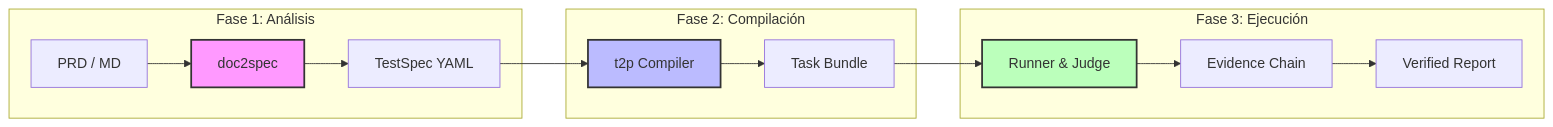
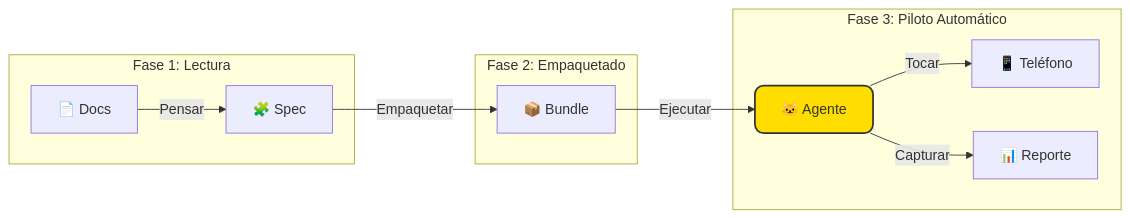
The diagram in README.es.md (Yell0wMe/TesterAgent), drawn with Mermaid before and after one commit. The commit also changed other lines of this file and 25 other files, not shown here.

````diff
--- a/README.es.md
+++ b/README.es.md
@@ -58,22 +67,18 @@
 ```mermaid
 graph LR
-    subgraph "Fase 1: Análisis"
-    Doc[PRD / MD] --> D2S[doc2spec]
-    D2S --> TS[TestSpec YAML]
+    subgraph "Fase 1: Lectura"
+    Doc[📄 Docs] -->|Pensar| Build[🧩 Spec]
     end
 
-    subgraph "Fase 2: Compilación"
-    TS --> T2P[t2p Compiler]
-    T2P --> TB[Task Bundle]
+    subgraph "Fase 2: Empaquetado"
+    Build -->|Empaquetar| Bundle[📦 Bundle]
     end
 
-    subgraph "Fase 3: Ejecución"
-    TB --> Runner[Runner & Judge]
-    Runner --> Evidence[Evidence Chain]
-    Evidence --> Verdict[Verified Report]
+    subgraph "Fase 3: Piloto Automático"
+    Bundle -->|Ejecutar| Cat[🐱 Agente]
+    Cat -->|Tocar| Phone[📱 Teléfono]
+    Cat -->|Capturar| Report[📊 Reporte]
     end
 
-    style D2S fill:#f9f,stroke:#333,stroke-width:2px
-    style T2P fill:#bbf,stroke:#333,stroke-width:2px
-    style Runner fill:#bfb,stroke:#333,stroke-width:2px
+    style Cat fill:#ffdd00,stroke:#333,stroke-width:2px,rx:10,ry:10
 ```
````
